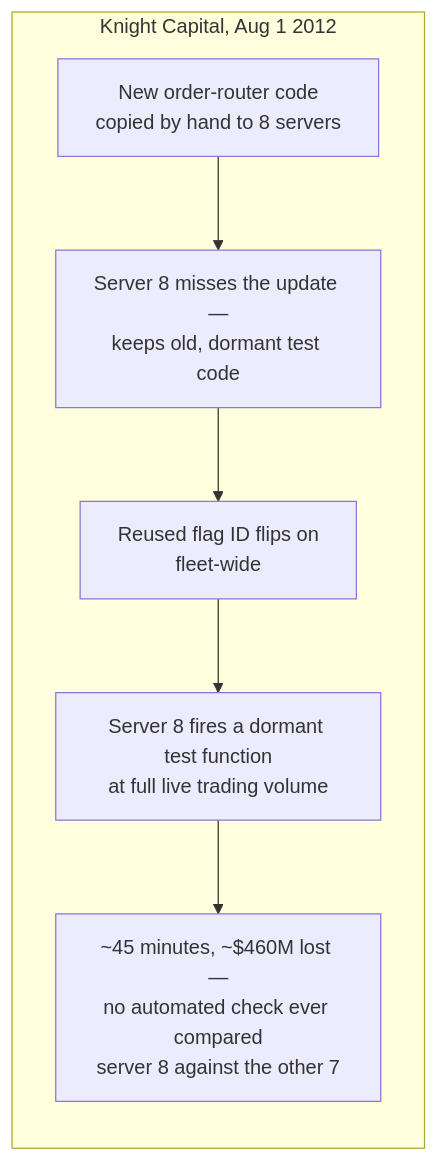
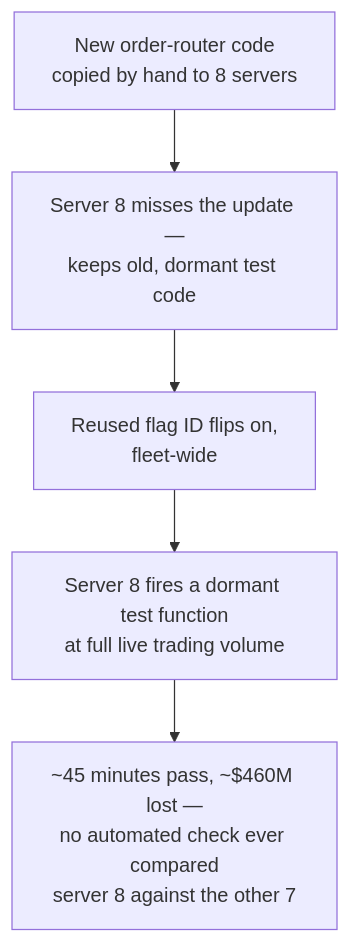
Before and after one commit to riyaz-pasha/Learnings: diagram 11 of 13 in system-design/HLD/0-course/40-Design-a-Deployment-System-FAANG-Guide-story.md, drawn with Mermaid. The commit also changed other lines of this file and 1 other file, not shown here.

Commit message:
[REWRITE] Deployment System story guide: simplify prose, add structure, fix diagrams

````diff
--- a/system-design/HLD/0-course/40-Design-a-Deployment-System-FAANG-Guide-story.md
+++ b/system-design/HLD/0-course/40-Design-a-Deployment-System-FAANG-Guide-story.md
@@ -324,9 +597,7 @@
 ```mermaid
-flowchart LR
-    subgraph Knight["Knight Capital, Aug 1 2012"]
-        Manual["New order-router code\ncopied by hand to 8 servers"] --> Miss["Server 8 misses the update —\nkeeps old, dormant test code"]
-        Miss --> Flag["Reused flag ID flips on\nfleet-wide"]
-        Flag --> Bad["Server 8 fires a dormant test function\nat full live trading volume"]
-        Bad --> Loss["~45 minutes, ~$460M lost —\nno automated check ever compared\nserver 8 against the other 7"]
-    end
+flowchart TD
+    A["New order-router code<br/>copied by hand to 8 servers"] --> B["Server 8 misses the update —<br/>keeps old, dormant test code"]
+    B --> C["Reused flag ID flips on,<br/>fleet-wide"]
+    C --> D["Server 8 fires a dormant test function<br/>at full live trading volume"]
+    D --> E["~45 minutes pass, ~$460M lost —<br/>no automated check ever compared<br/>server 8 against the other 7"]
 ```
````
